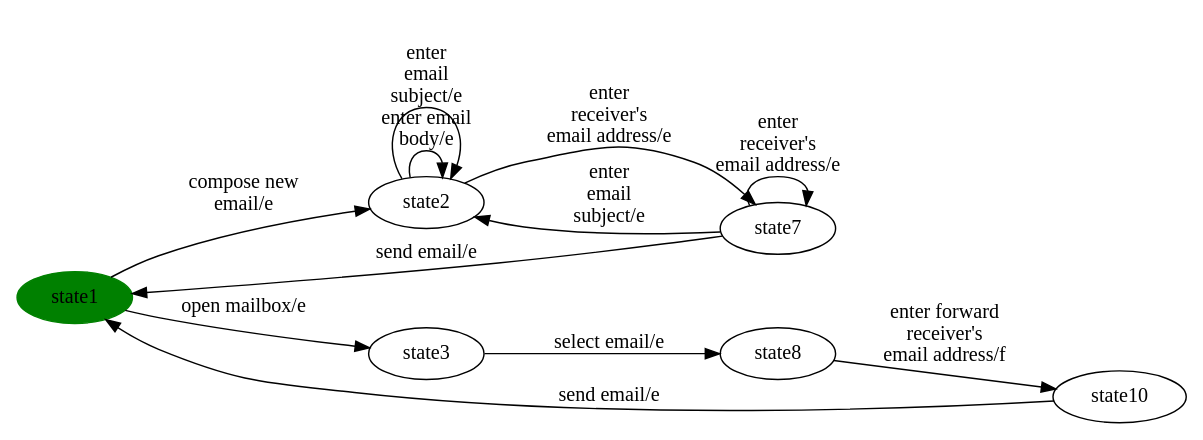
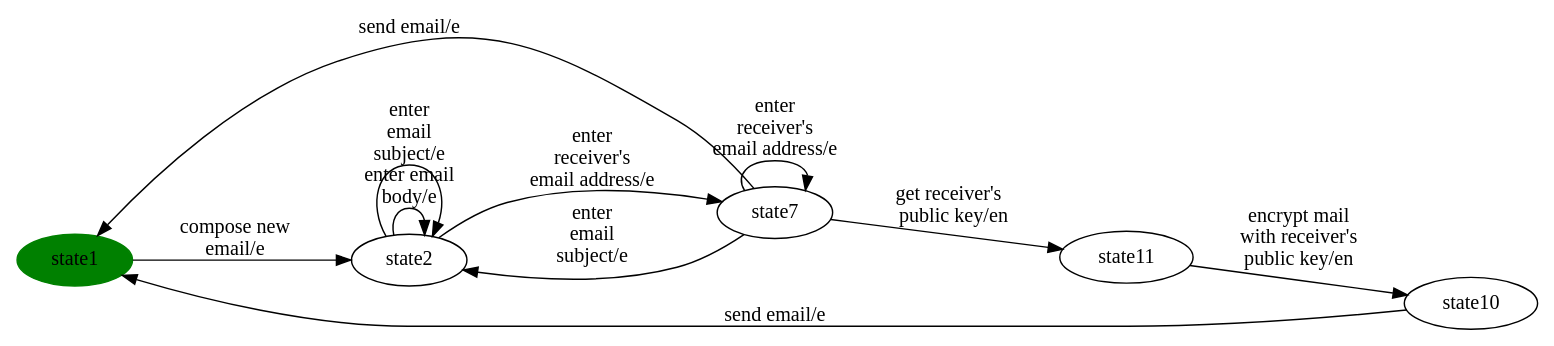
One commit to dilekozturk93/vibes changed the diagram in automode-reports/per-product/eMail/eMail-product13.dot. Above: the diagram before and after it, drawn with Graphviz. The commit also changed 43 other files, not shown here.

```diff
--- a/automode-reports/per-product/eMail/eMail-product13.dot
+++ b/automode-reports/per-product/eMail/eMail-product13.dot
@@ -1,32 +1,31 @@
 digraph G {
 rankdir=LR;
 state0[ label = "state1", style=filled, color=green ];
-state1 [ label = "state8" ];
-state1 -> state2 [ label=" enter forward 
-receiver's 
-email address/f " ];
+state1 [ label = "state11" ];
+state1 -> state2 [ label=" encrypt mail 
+with receiver's 
+public key/en " ];
 state3 [ label = "state7" ];
 state3 -> state0 [ label=" send email/e " ];
+state3 -> state1 [ label=" get receiver's  
+public key/en " ];
 state3 -> state4 [ label=" enter
  email 
 subject/e " ];
 state3 -> state3 [ label=" enter 
 receiver's 
 email address/e " ];
 state2 [ label = "state10" ];
 state2 -> state0 [ label=" send email/e " ];
 state4 [ label = "state2" ];
 state4 -> state3 [ label=" enter 
 receiver's 
 email address/e " ];
 state4 -> state4 [ label=" enter email 
 body/e " ];
 state4 -> state4 [ label=" enter
  email 
 subject/e " ];
-state0 -> state5 [ label=" open mailbox/e " ];
 state0 -> state4 [ label=" compose new 
 email/e " ];
-state5 [ label = "state3" ];
-state5 -> state1 [ label=" select email/e " ];
 }
```
